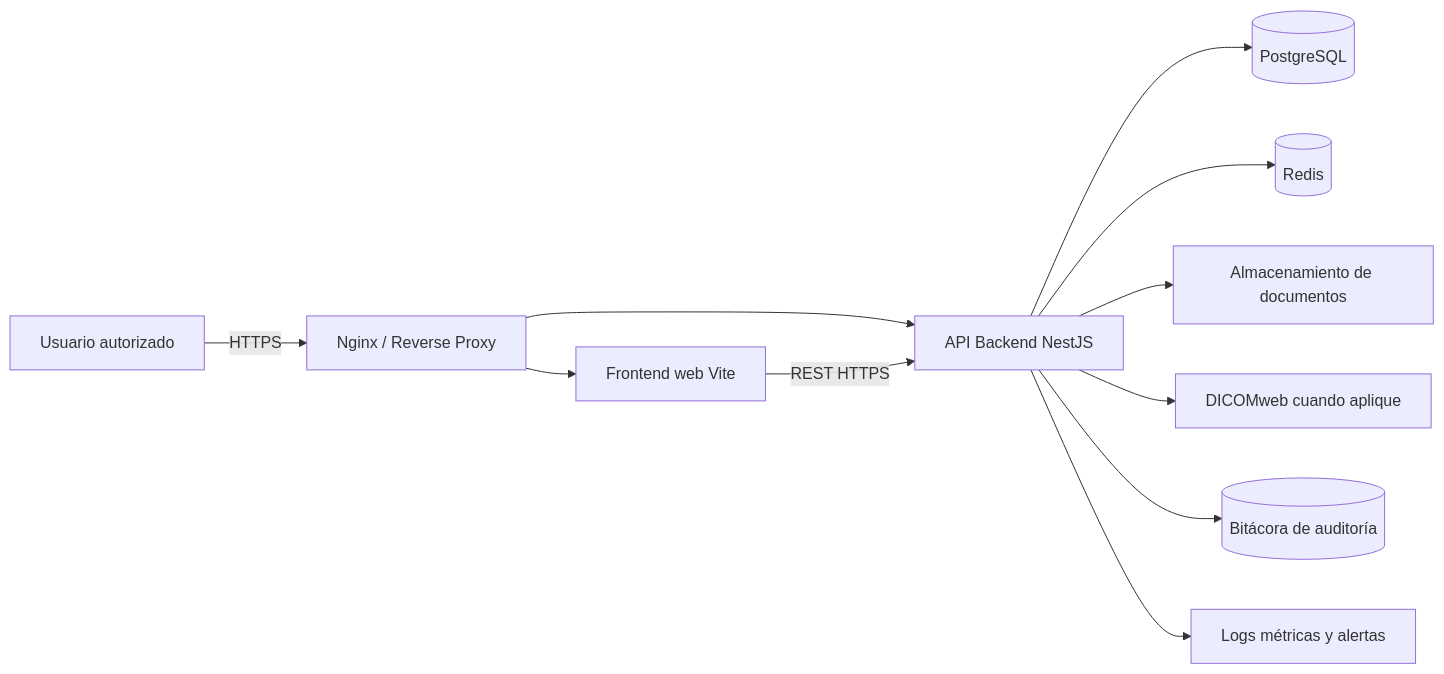
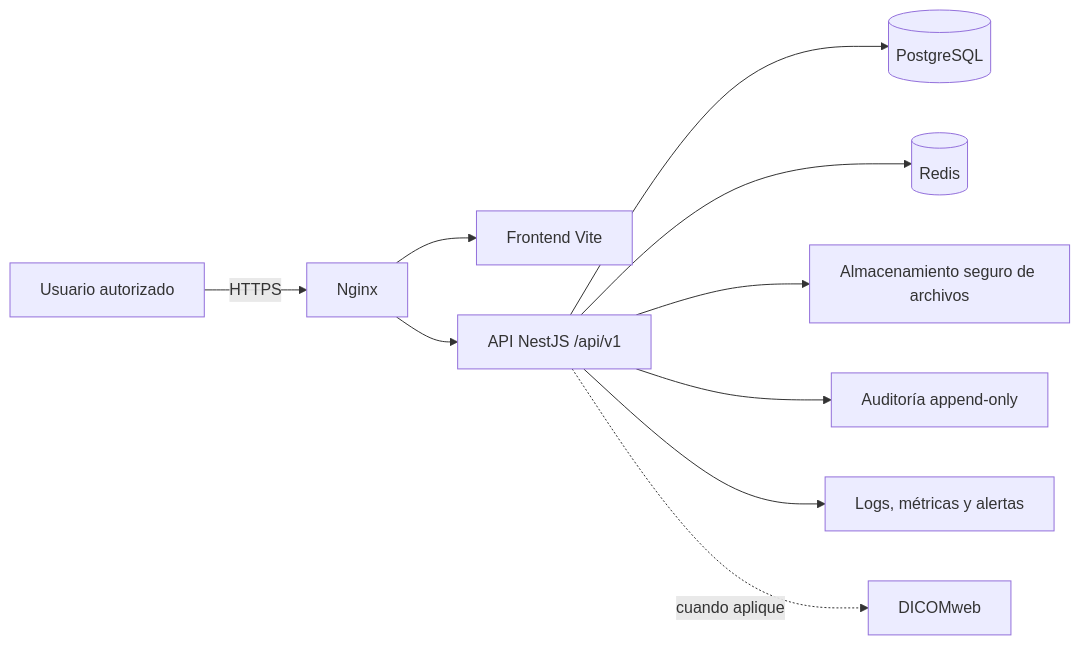
The diagram in README.md (Halvara815/Plataforma-de-consulta-medica), drawn with Mermaid before and after one commit. The commit also changed other lines of this file and 1 other file, not shown here.

````diff
--- a/README.md
+++ b/README.md
@@ -120,13 +58,12 @@
 ```mermaid
 flowchart LR
-    U[Usuario autorizado] -->|HTTPS| N[Nginx / Reverse Proxy]
-    N --> W[Frontend web Vite]
-    N --> A[API Backend NestJS]
-    W -->|REST HTTPS| A
-    A --> DB[(PostgreSQL)]
+    U[Usuario autorizado] -->|HTTPS| N[Nginx]
+    N --> W[Frontend Vite]
+    N --> A[API NestJS /api/v1]
+    A --> P[(PostgreSQL)]
     A --> R[(Redis)]
-    A --> F[Almacenamiento de documentos]
-    A --> D[DICOMweb cuando aplique]
-    A --> AU[(Bitácora de auditoría)]
-    A --> O[Logs métricas y alertas]
+    A --> S[Almacenamiento seguro de archivos]
+    A --> AU[Auditoría append-only]
+    A --> O[Logs, métricas y alertas]
+    A -. cuando aplique .-> D[DICOMweb]
 ```
````
